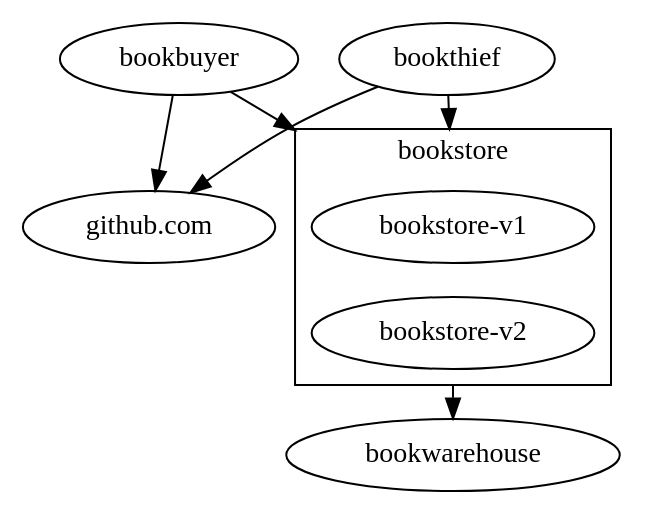
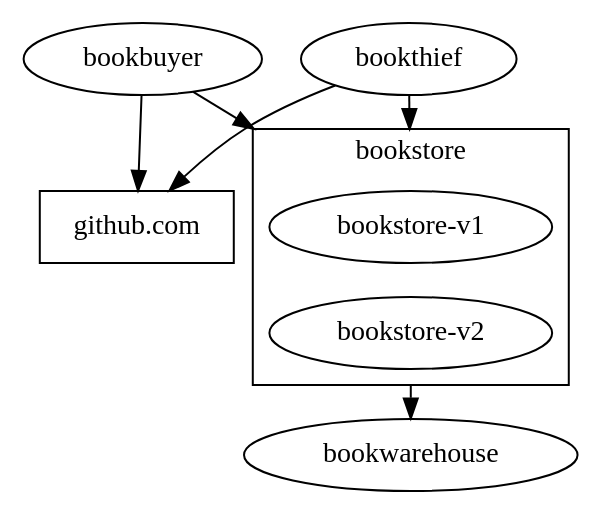
Before and after one commit to openservicemesh/osm: the diagram in demo/graph.dot, drawn with Graphviz. The commit also changed 1 other file, not shown here.

Commit message:
make github rectangle

```diff
--- a/demo/graph.dot
+++ b/demo/graph.dot
@@ -1,19 +1,19 @@
 // dot -o graph.svg -T svg graph.svg
 digraph G {
     compound=true;
     ranksep="0";
     edge [minlen=2];
 
-    gh [label="github.com"]
-    {bookbuyer bookthief} -> gh
+    gh [label="github.com" shape=rect];
+    {bookbuyer bookthief} -> gh;
     {bookbuyer bookthief} -> b1 [lhead=cluster0];
 
     subgraph cluster0 {
         label="bookstore";
         b1[label="bookstore-v1"];
         b2[label="bookstore-v2"];
         b1 -> b2 [style=invis];
     }
 
     b2 -> bookwarehouse [ltail=cluster0];
 }
```
